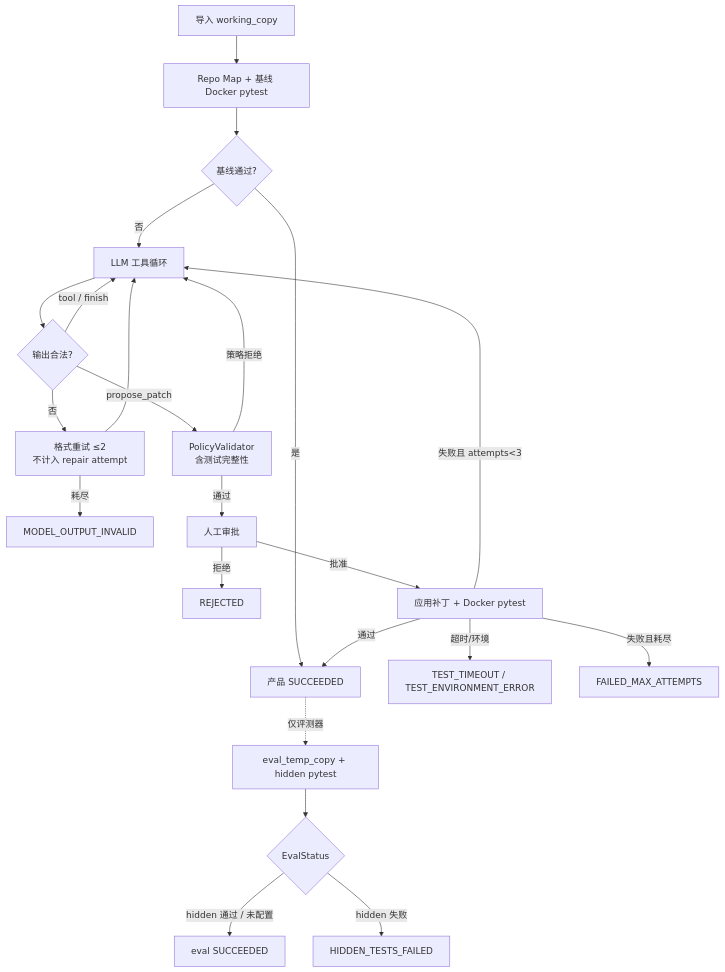
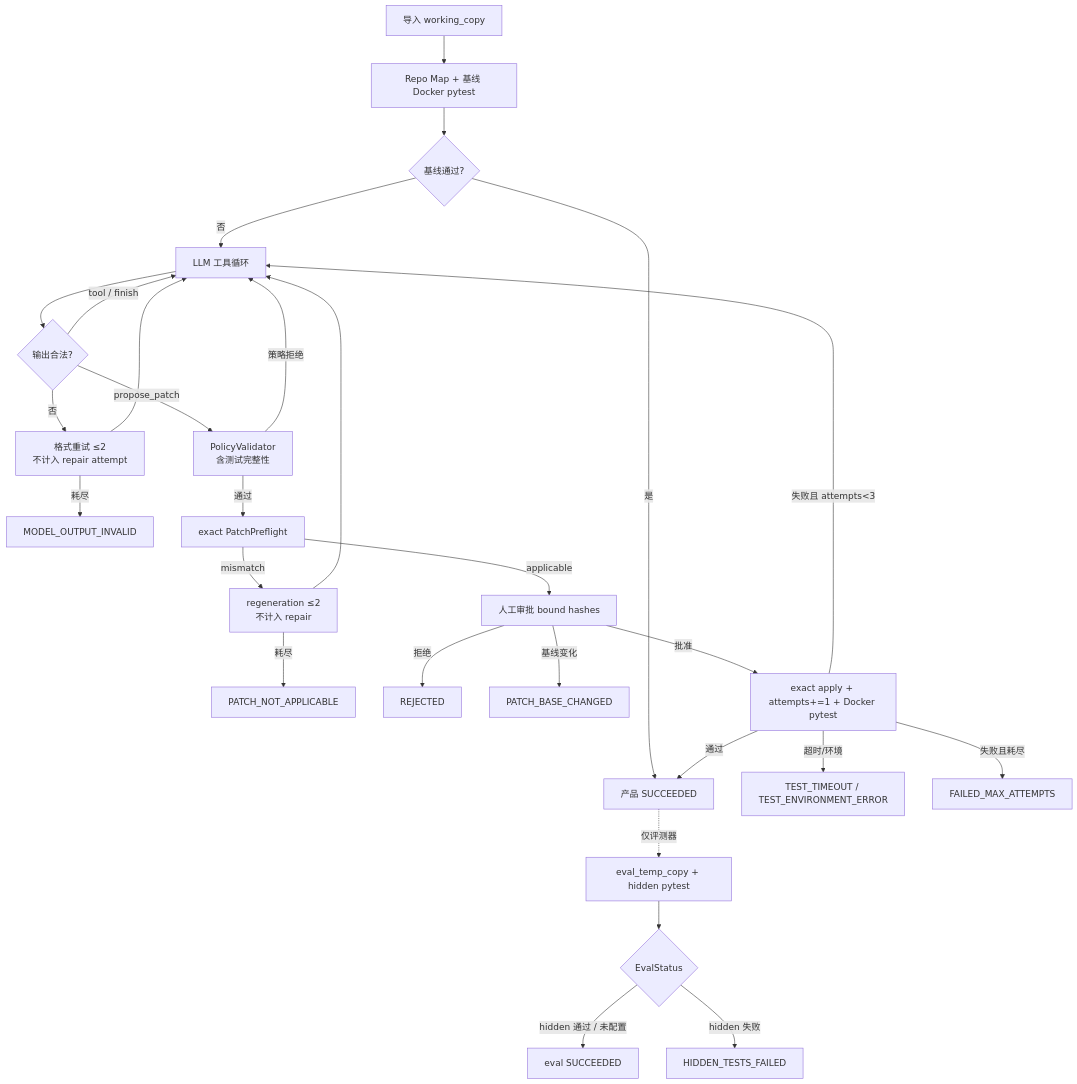
Before and after one commit to majiali423/safepatch: the diagram in README.md, drawn with Mermaid. The commit also changed other lines of this file and 18 other files, not shown here.

````diff
--- a/README.md
+++ b/README.md
@@ -19,25 +40,30 @@
 ```mermaid
 flowchart TD
   A[导入 working_copy] --> B[Repo Map + 基线 Docker pytest]
   B --> C{基线通过?}
   C -->|是| Z[SUCCEEDED]
   C -->|否| D[LLM 工具循环]
   D --> E{输出合法?}
   E -->|否| F[格式重试 ≤2<br/>不计入 repair attempt]
   F -->|耗尽| X[MODEL_OUTPUT_INVALID]
   F --> D
   E -->|tool / finish| D
   E -->|propose_patch| G[PolicyValidator<br/>含测试完整性]
   G -->|策略拒绝| D
-  G -->|通过| H[人工审批]
+  G -->|通过| PF[exact PatchPreflight]
+  PF -->|mismatch| RG[regeneration ≤2<br/>不计入 repair]
+  RG -->|耗尽| NA[PATCH_NOT_APPLICABLE]
+  RG --> D
+  PF -->|applicable| H[人工审批 bound hashes]
   H -->|拒绝| R[REJECTED]
-  H -->|批准| I[应用补丁 + Docker pytest]
+  H -->|基线变化| BC[PATCH_BASE_CHANGED]
+  H -->|批准| I[exact apply + attempts+=1 + Docker pytest]
   I -->|超时/环境| T[TEST_TIMEOUT / TEST_ENVIRONMENT_ERROR]
   I -->|失败且 attempts&lt;3| D
   I -->|失败且耗尽| M[FAILED_MAX_ATTEMPTS]
   I -->|通过| Z[产品 SUCCEEDED]
   Z -.->|仅评测器| P[eval_temp_copy + hidden pytest]
   P --> Q{EvalStatus}
   Q -->|hidden 通过 / 未配置| S1[eval SUCCEEDED]
   Q -->|hidden 失败| S2[HIDDEN_TESTS_FAILED]
 ```
````
